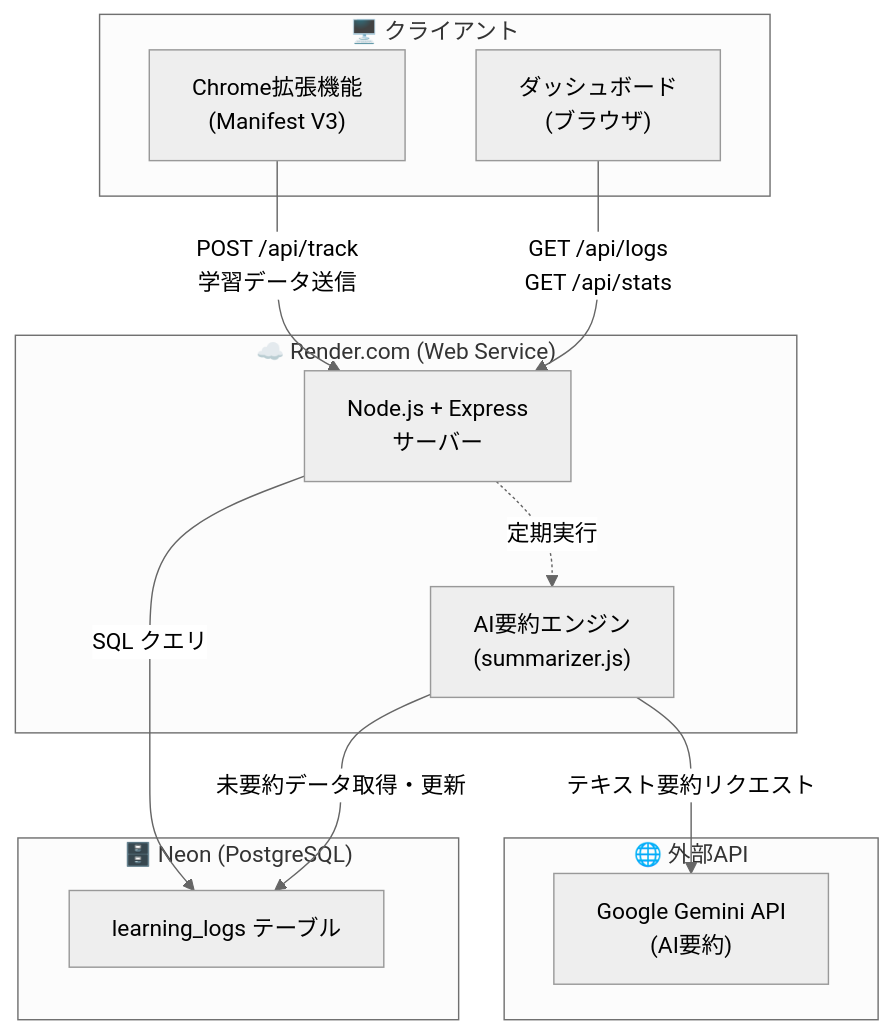
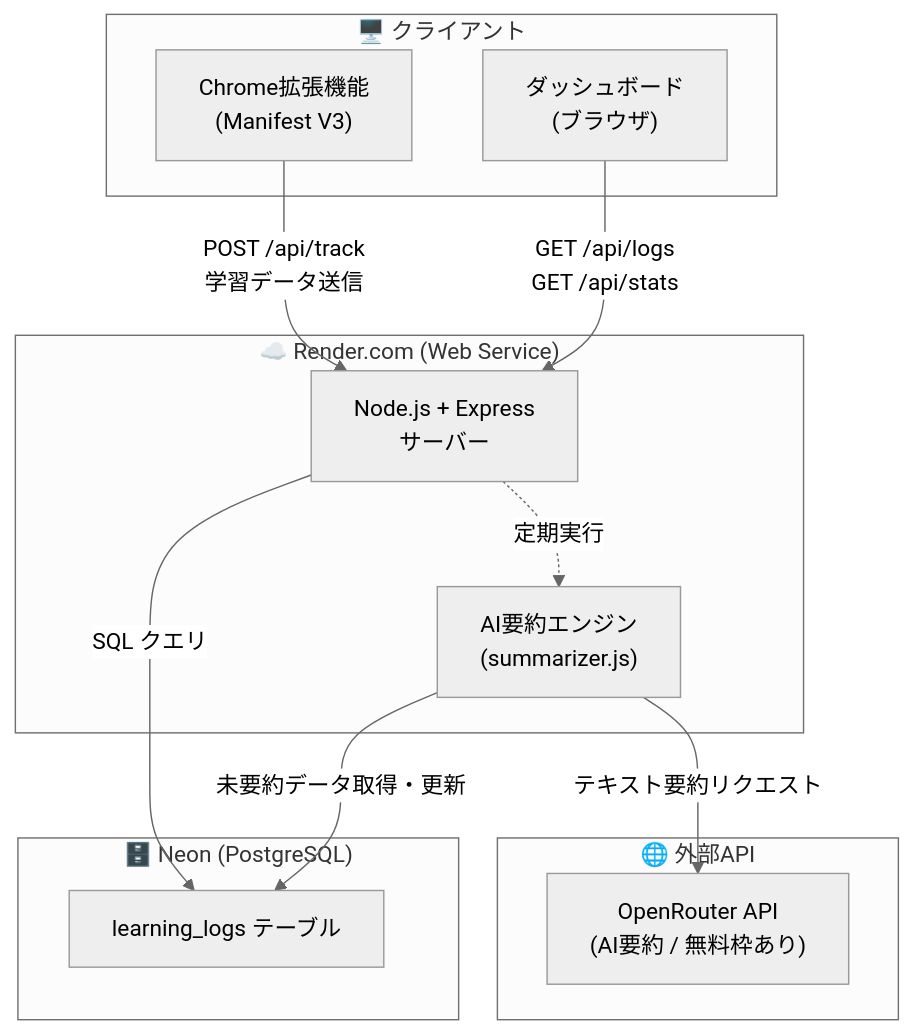
Before and after one commit to tomato11111/learning-tracker: the diagram in README.md, drawn with Mermaid (neutral theme). The commit also changed other lines of this file, not shown here.

Commit message:
Update API references from Gemini to OpenRouter

````diff
--- a/README.md
+++ b/README.md
@@ -26,27 +26,27 @@
 ```mermaid
 graph TB
     subgraph Client["🖥️ クライアント"]
         EXT["Chrome拡張機能<br/>(Manifest V3)"]
         DASH["ダッシュボード<br/>(ブラウザ)"]
     end
 
     subgraph Render["☁️ Render.com (Web Service)"]
         SERVER["Node.js + Express<br/>サーバー"]
         SUMM["AI要約エンジン<br/>(summarizer.js)"]
     end
 
     subgraph Neon["🗄️ Neon (PostgreSQL)"]
         DB["learning_logs テーブル"]
     end
 
     subgraph External["🌐 外部API"]
-        GEMINI["Google Gemini API<br/>(AI要約)"]
+        OPENROUTER["OpenRouter API<br/>(AI要約 / 無料枠あり)"]
     end
 
     EXT -->|"POST /api/track<br/>学習データ送信"| SERVER
     DASH -->|"GET /api/logs<br/>GET /api/stats"| SERVER
     SERVER -->|"SQL クエリ"| DB
     SUMM -->|"未要約データ取得・更新"| DB
-    SUMM -->|"テキスト要約リクエスト"| GEMINI
+    SUMM -->|"テキスト要約リクエスト"| OPENROUTER
     SERVER -.->|"定期実行"| SUMM
 ```
````
